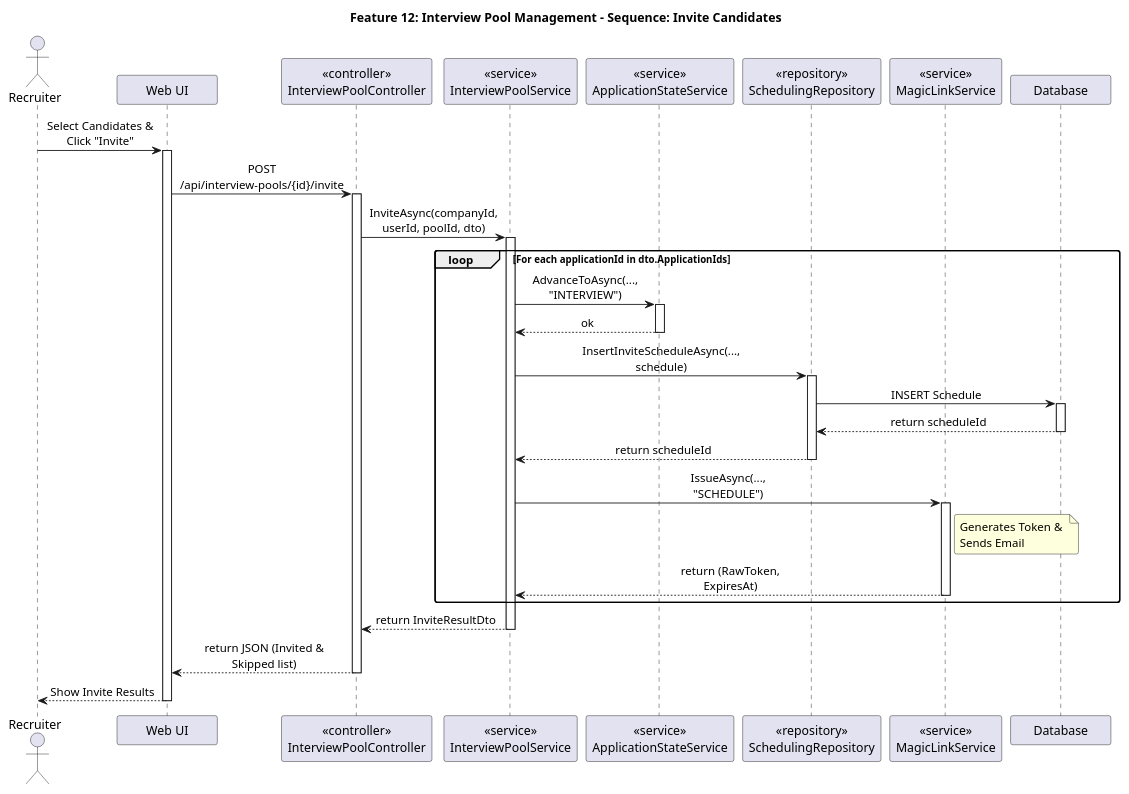
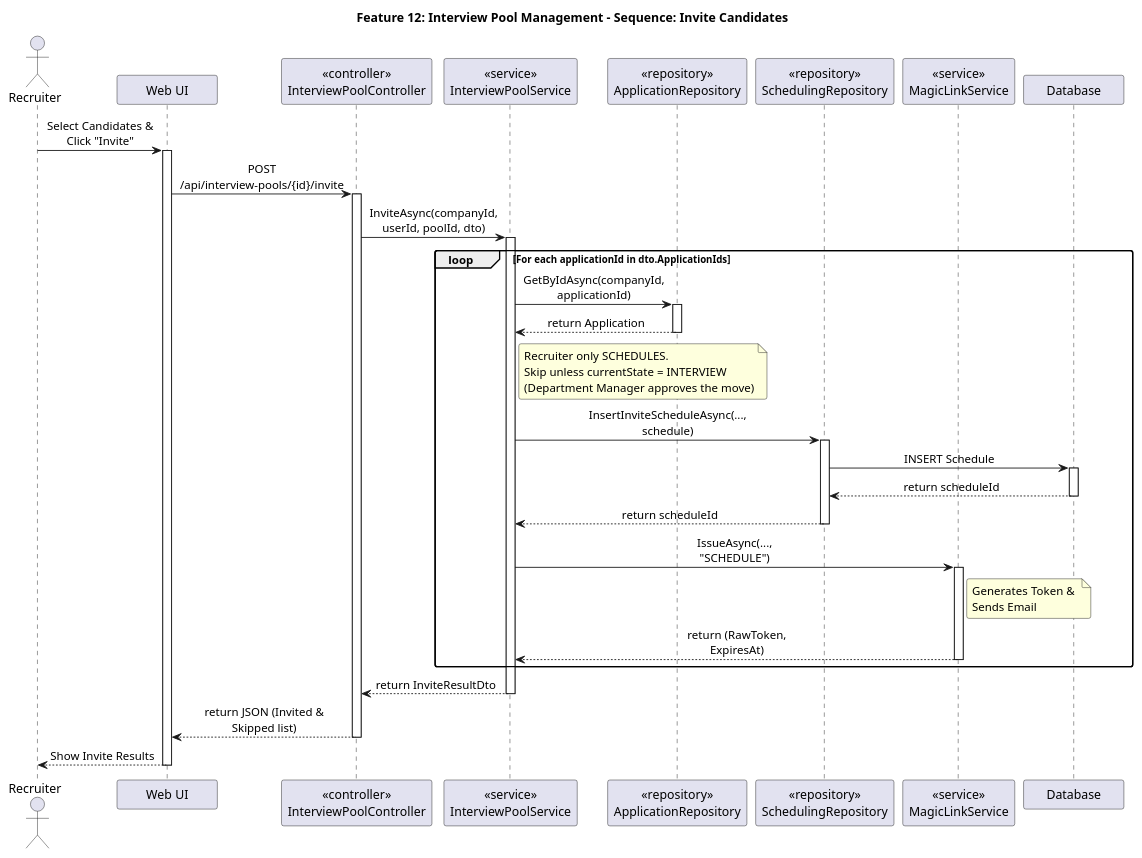
One commit to xXIOrehIXx/SRIS-Smart-Recruitment-and-Interview-System changed the diagram in Development/backend/docs/features/feature12_seq_2.puml. Above: the diagram before and after it, drawn with PlantUML. The commit also changed 23 other files, not shown here.

First line of the commit message:
feat(pipeline): department manager approves candidates into interview

```diff
--- a/Development/backend/docs/features/feature12_seq_2.puml
+++ b/Development/backend/docs/features/feature12_seq_2.puml
@@ -1,57 +1,59 @@
 @startuml Feature12_Seq_2
 skinparam maxMessageSize 150
 skinparam sequenceMessageAlign center
 skinparam roundcorner 5
 skinparam minClassWidth 100
 
 title **Feature 12: Interview Pool Management - Sequence: Invite Candidates**
 
 actor Recruiter
 participant "Web UI" as UI
 participant "<<controller>>\nInterviewPoolController" as Ctrl
 participant "<<service>>\nInterviewPoolService" as Svc
-participant "<<service>>\nApplicationStateService" as StateSvc
+participant "<<repository>>\nApplicationRepository" as AppRepo
 participant "<<repository>>\nSchedulingRepository" as Repo
 participant "<<service>>\nMagicLinkService" as MagicLink
 participant "Database" as DB
 
 Recruiter -> UI: Select Candidates & Click "Invite"
 activate UI
 
 UI -> Ctrl: POST /api/interview-pools/{id}/invite
 activate Ctrl
 
 Ctrl -> Svc: InviteAsync(companyId, userId, poolId, dto)
 activate Svc
 
 loop For each applicationId in dto.ApplicationIds
-    Svc -> StateSvc: AdvanceToAsync(..., "INTERVIEW")
-    activate StateSvc
-    StateSvc --> Svc: ok
-    deactivate StateSvc
+    Svc -> AppRepo: GetByIdAsync(companyId, applicationId)
+    activate AppRepo
+    AppRepo --> Svc: return Application
+    deactivate AppRepo
+
+    note right of Svc: Recruiter only SCHEDULES.\nSkip unless currentState = INTERVIEW\n(Department Manager approves the move)
 
     Svc -> Repo: InsertInviteScheduleAsync(..., schedule)
     activate Repo
     Repo -> DB: INSERT Schedule
     activate DB
     DB --> Repo: return scheduleId
     deactivate DB
     Repo --> Svc: return scheduleId
     deactivate Repo
 
     Svc -> MagicLink: IssueAsync(..., "SCHEDULE")
     activate MagicLink
     note right of MagicLink: Generates Token & \nSends Email
     MagicLink --> Svc: return (RawToken, ExpiresAt)
     deactivate MagicLink
 end
 
 Svc --> Ctrl: return InviteResultDto
 deactivate Svc
 
 Ctrl --> UI: return JSON (Invited & Skipped list)
 deactivate Ctrl
 
 UI --> Recruiter: Show Invite Results
 deactivate UI
 @enduml
```
